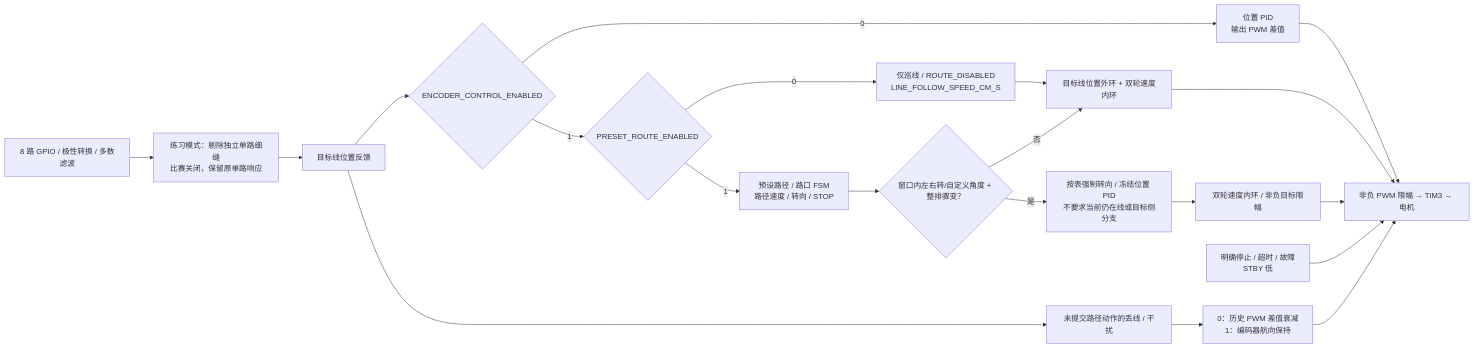
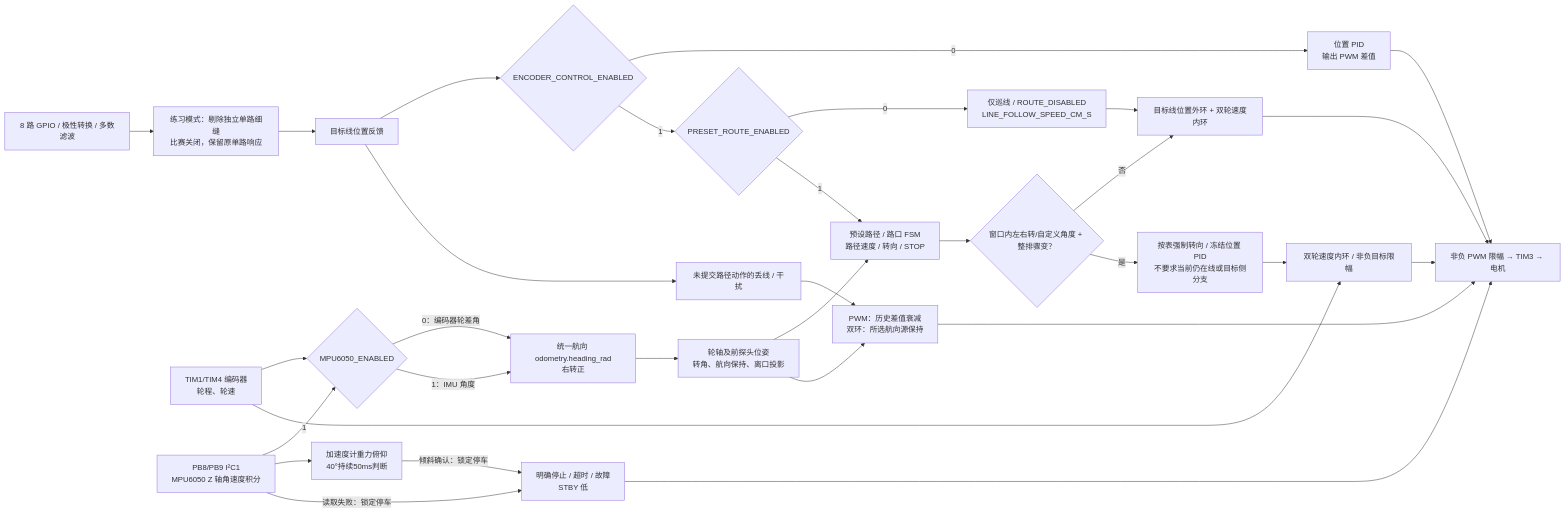
One commit to Nailong-Corporation/car_stm32_school_competition changed the first of 4 diagrams in README.md. Above: the diagram before and after it, drawn with Mermaid. The commit also changed other lines of this file and 17 other files, not shown here.

````diff
--- a/README.md
+++ b/README.md
@@ -89,22 +89,33 @@
 ```mermaid
 flowchart LR
     INPUT["8 路 GPIO / 极性转换 / 多数滤波"] --> SEAM["练习模式：剔除独立单路细缝<br/>比赛关闭，保留原单路响应"]
     SEAM --> GPIO["目标线位置反馈"]
     GPIO --> SELECT{"ENCODER_CONTROL_ENABLED"}
     SELECT -->|0| POSITION["位置 PID<br/>输出 PWM 差值"]
     POSITION --> PWM["非负 PWM 限幅 → TIM3 → 电机"]
     SELECT -->|1| ROUTE{"PRESET_ROUTE_ENABLED"}
     ROUTE -->|0| ONLY["仅巡线 / ROUTE_DISABLED<br/>LINE_FOLLOW_SPEED_CM_S"]
     ROUTE -->|1| TABLE["预设路径 / 路口 FSM<br/>路径速度 / 转向 / STOP"]
+    ENC["TIM1/TIM4 编码器<br/>轮程、轮速"] --> SOURCE{"MPU6050_ENABLED"}
+    IMU["PB8/PB9 I²C1<br/>MPU6050 Z 轴角速度积分"] -->|1| SOURCE
+    IMU --> ACC["加速度计重力俯仰<br/>40°持续50ms判断"]
+    SOURCE -->|0：编码器轮差角| HEADING["统一航向 odometry.heading_rad<br/>右转正"]
+    SOURCE -->|1：IMU 角度| HEADING
+    HEADING --> POSE["轮轴及前探头位姿<br/>转角、航向保持、离口投影"]
+    POSE --> TABLE
+    POSE --> HOLD
+    ENC --> INNER
     ONLY --> CASCADE["目标线位置外环 + 双轮速度内环"]
     TABLE --> PRIORITY{"窗口内左右转/自定义角度 + 整排骤变？"}
     PRIORITY -->|否| CASCADE
     PRIORITY -->|是| FORCED["按表强制转向 / 冻结位置 PID<br/>不要求当前仍在线或目标侧分支"]
     FORCED --> INNER["双轮速度内环 / 非负目标限幅"]
     INNER --> PWM
     CASCADE --> PWM
     GPIO --> BAD["未提交路径动作的丢线 / 干扰"]
-    BAD --> HOLD["0：历史 PWM 差值衰减<br/>1：编码器航向保持"]
+    BAD --> HOLD["PWM：历史差值衰减<br/>双环：所选航向源保持"]
     HOLD --> PWM
-    STOP["明确停止 / 超时 / 故障<br/>STBY 低"] --> PWM
+    IMU -->|读取失败：锁定停车| STOP["明确停止 / 超时 / 故障<br/>STBY 低"]
+    ACC -->|倾斜确认：锁定停车| STOP
+    STOP --> PWM
 ```
````
